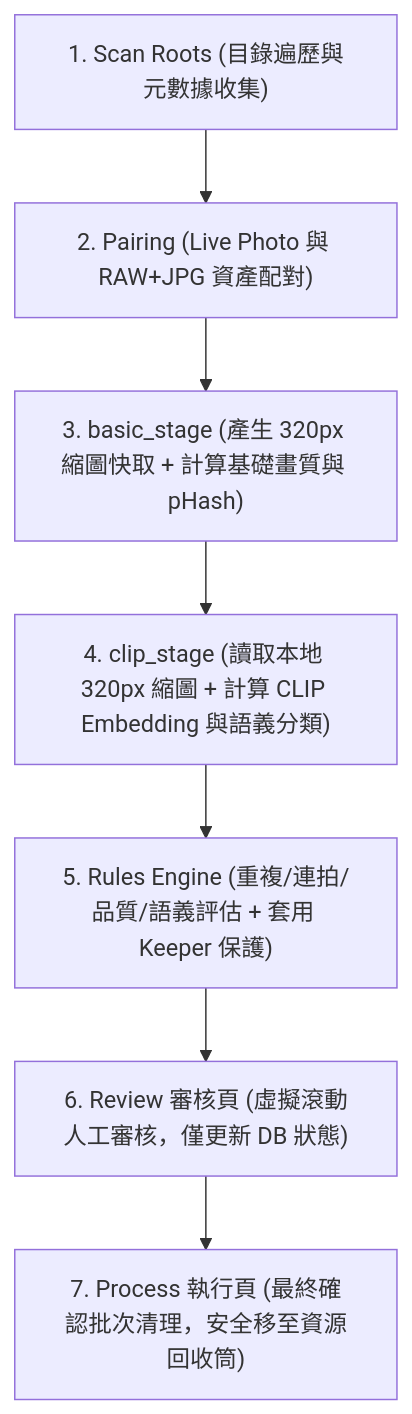
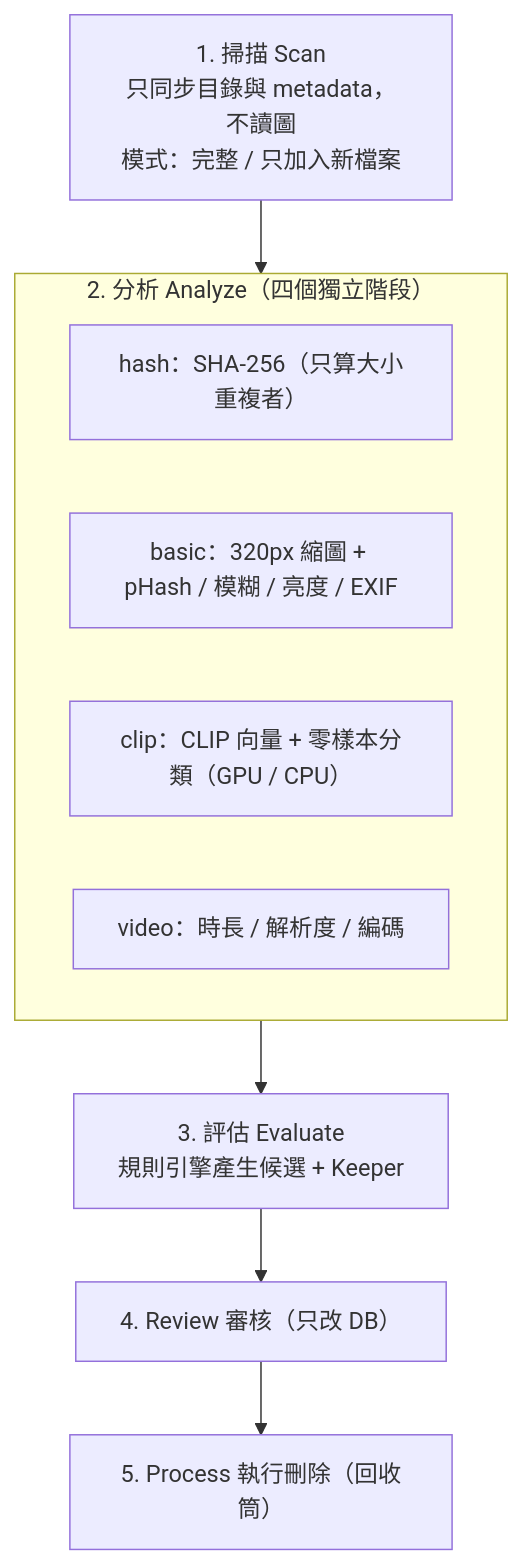
Before and after one commit to tw4test/photo-cleaner: the diagram in README.md, drawn with Mermaid. The commit also changed other lines of this file and 39 other files, not shown here.

Commit message:
v0.5: GPU batch CLIP, vectorised near-dup/burst, data-safety and job-control fixes

````diff
--- a/README.md
+++ b/README.md
@@ -28,9 +25,13 @@
 ```mermaid
 flowchart TD
-    Scan["1. Scan Roots (目錄遍歷與元數據收集)"] --> Pair["2. Pairing (Live Photo 與 RAW+JPG 資產配對)"]
-    Pair --> Basic["3. basic_stage (產生 320px 縮圖快取 + 計算基礎畫質與 pHash)"]
-    Basic --> Clip["4. clip_stage (讀取本地 320px 縮圖 + 計算 CLIP Embedding 與語義分類)"]
-    Clip --> Rules["5. Rules Engine (重複/連拍/品質/語義評估 + 套用 Keeper 保護)"]
-    Rules --> Review["6. Review 審核頁 (虛擬滾動人工審核，僅更新 DB 狀態)"]
-    Review --> Process["7. Process 執行頁 (最終確認批次清理，安全移至資源回收筒)"]
+    Scan["1. 掃描 Scan<br/>只同步目錄與 metadata，不讀圖<br/>模式：完整 / 只加入新檔案"] --> Analyze
+    subgraph Analyze["2. 分析 Analyze（四個獨立階段）"]
+        H["hash：SHA-256（只算大小重複者）"]
+        B["basic：320px 縮圖 + pHash / 模糊 / 亮度 / EXIF"]
+        C["clip：CLIP 向量 + 零樣本分類（GPU / CPU）"]
+        V["video：時長 / 解析度 / 編碼"]
+    end
+    Analyze --> Eval["3. 評估 Evaluate<br/>規則引擎產生候選 + Keeper"]
+    Eval --> Review["4. Review 審核（只改 DB）"]
+    Review --> Process["5. Process 執行刪除（回收筒）"]
 ```
````
